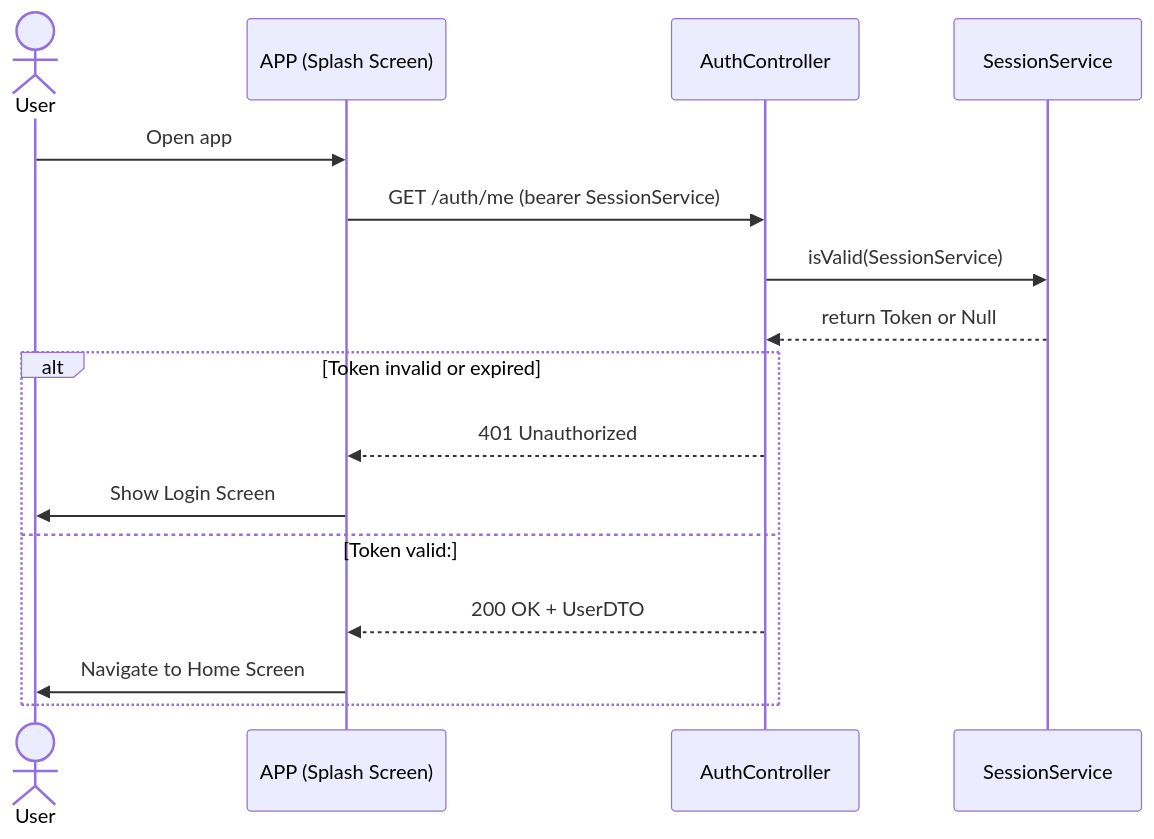
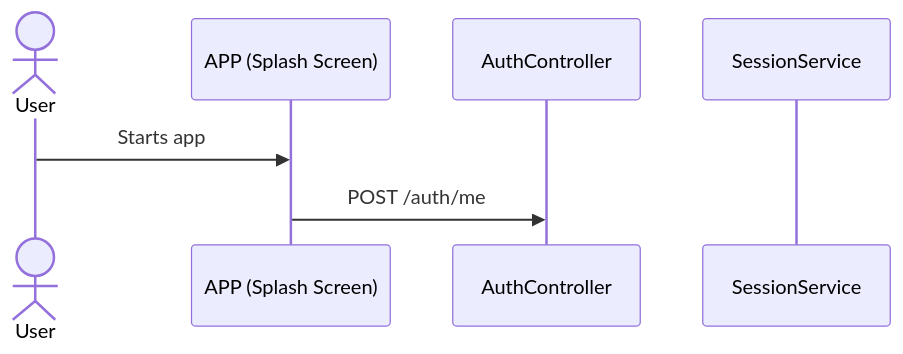
One commit to Lenninssp/Cannin-Tickets changed the second of 4 diagrams in docs/auth.md. Above: the diagram before and after it, drawn with Mermaid. The commit also changed other lines of this file and 10 other files, not shown here.

````diff
--- a/docs/auth.md
+++ b/docs/auth.md
@@ -39,19 +39,10 @@
 ```mermaid
 sequenceDiagram
   actor User
   participant UI as APP (Splash Screen)
   participant Controller as AuthController
   participant SessionService as SessionService
 
-  User->>UI: Open app
-  UI->>Controller: GET /auth/me (bearer SessionService)
-  Controller->>SessionService: isValid(SessionService)
-  SessionService-->>Controller: return Token or Null
-  alt Token invalid or expired
-    Controller-->>UI: 401 Unauthorized
-    UI->>User: Show Login Screen
-  else Token valid:
-    Controller-->>UI: 200 OK + UserDTO
-    UI->>User: Navigate to Home Screen
-  end
+  User->>UI: Starts app
+  UI->>Controller: POST /auth/me 
 ```
````
